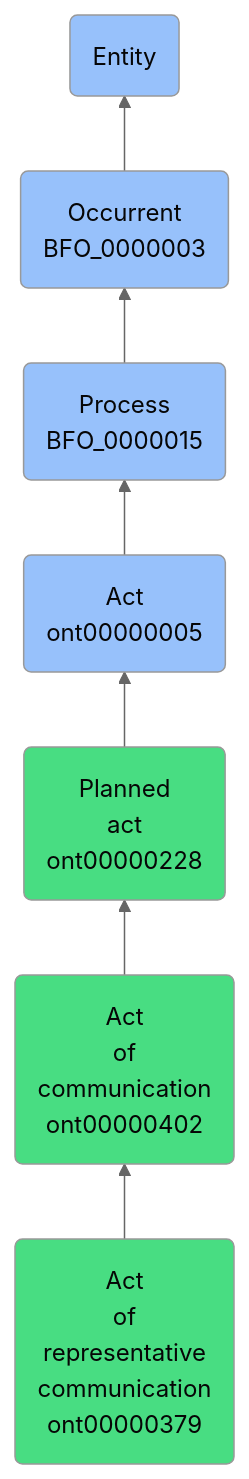
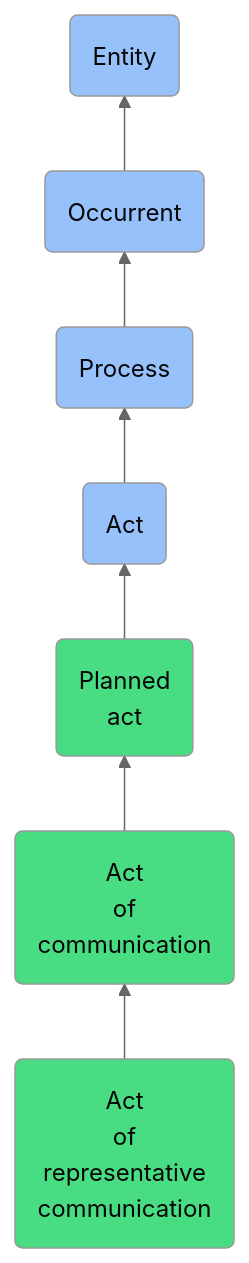
Before and after one commit to jupyter-naas/abi: the diagram in docs/ontology/reference/model/Entity/Occurrent/Process/Act/Planned act/Act of communication/Act of representative communication/Act of representative communication.md, drawn with Mermaid (neutral theme). The commit also changed other lines of this file and 1430 other files, not shown here.

````diff
--- a/docs/ontology/reference/model/Entity/Occurrent/Process/Act/Planned act/Act of communication/Act of representative communication/Act of representative communication.md
+++ b/docs/ontology/reference/model/Entity/Occurrent/Process/Act/Planned act/Act of communication/Act of representative communication/Act of representative communication.md
@@ -24,14 +24,14 @@
 ```mermaid
 graph BT
-    ont00000379(Act<br>of<br>representative<br>communication<br>ont00000379):::ABI-->ont00000402
-    ont00000402(Act<br>of<br>communication<br>ont00000402):::ABI-->ont00000228
-    ont00000228(Planned<br>act<br>ont00000228):::ABI-->ont00000005
-    ont00000005(Act<br>ont00000005):::BFO-->BFO_0000015
-    BFO_0000015(Process<br>BFO_0000015):::BFO-->BFO_0000003
-    BFO_0000003(Occurrent<br>BFO_0000003):::BFO-->BFO_0000001
+    ont00000379(Act<br>of<br>representative<br>communication):::ABI-->ont00000402
+    ont00000402(Act<br>of<br>communication):::ABI-->ont00000228
+    ont00000228(Planned<br>act):::ABI-->ont00000005
+    ont00000005(Act):::BFO-->BFO_0000015
+    BFO_0000015(Process):::BFO-->BFO_0000003
+    BFO_0000003(Occurrent):::BFO-->BFO_0000001
     BFO_0000001(Entity):::BFO
     
     classDef BFO fill:#97c1fb,color:#060606
     classDef CCO fill:#e4c51e,color:#060606
     classDef ABI fill:#48DD82,color:#060606
 ```
````
